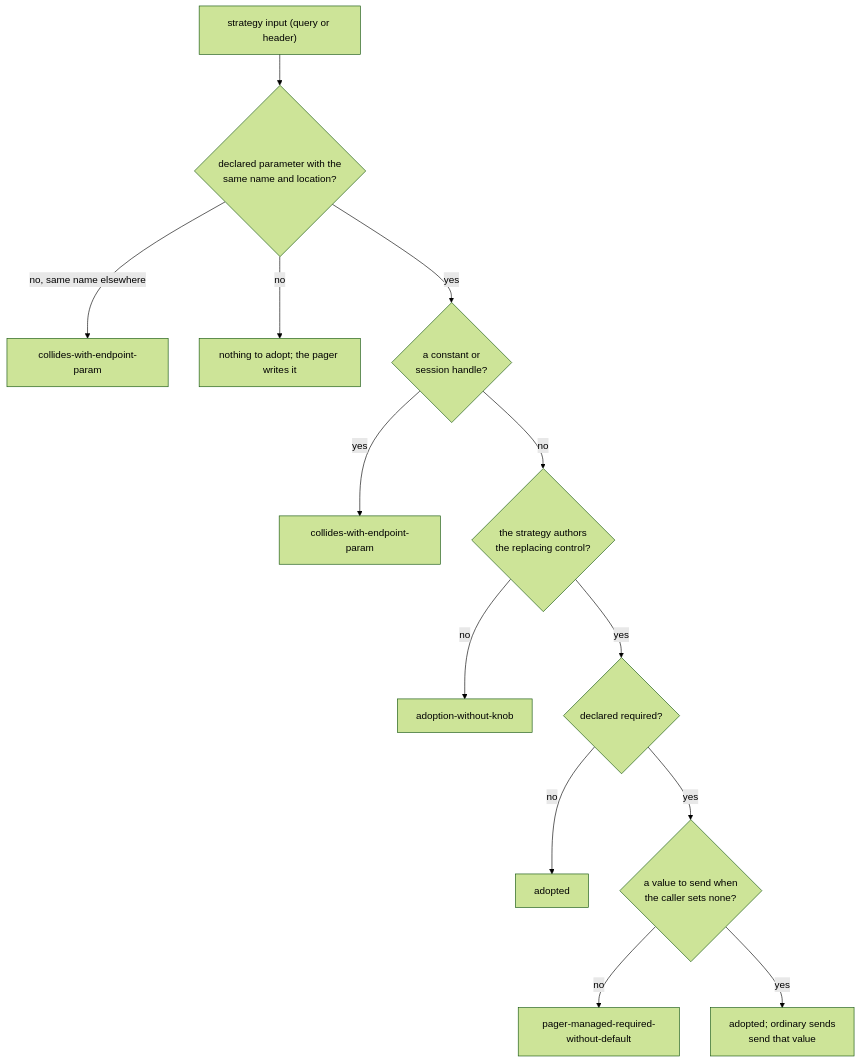
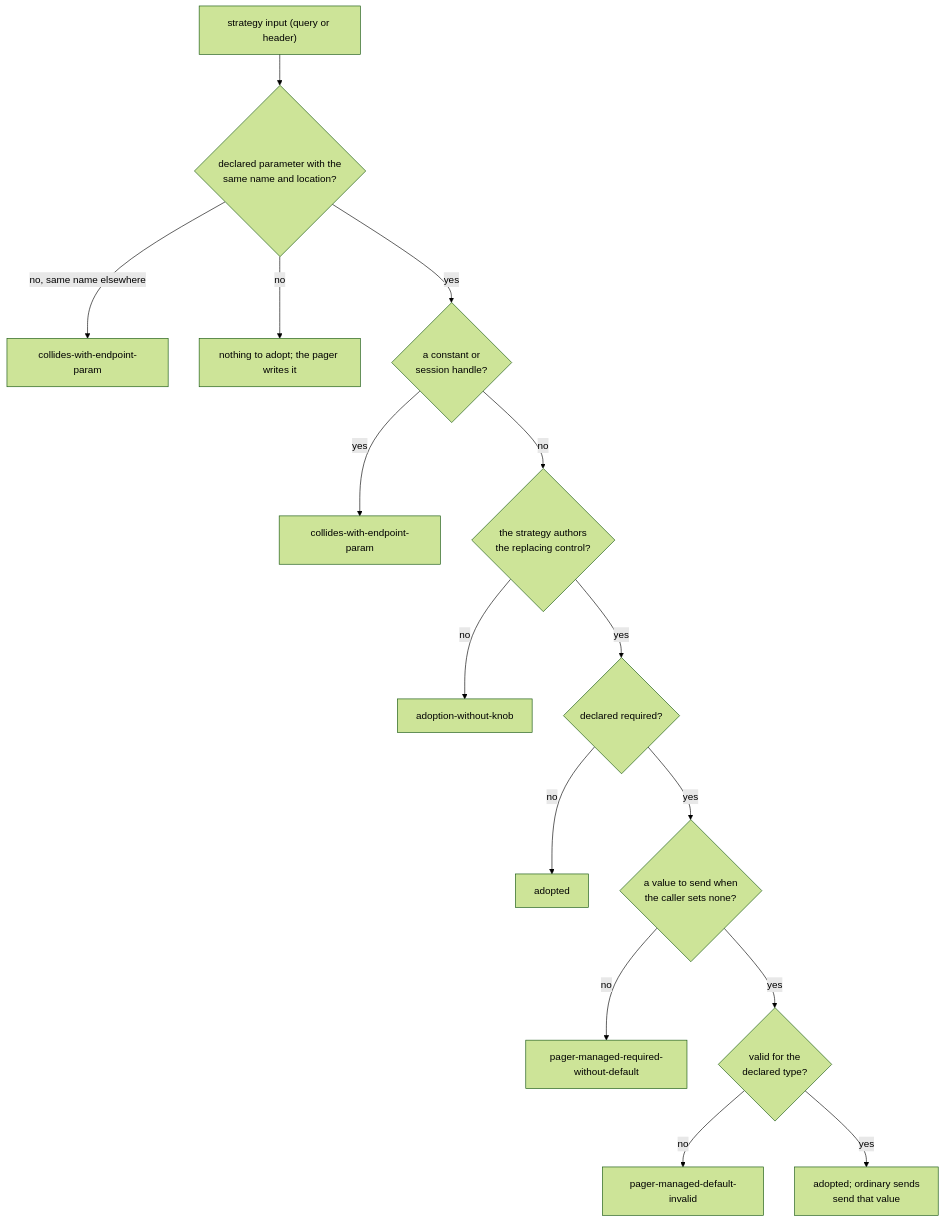
One commit to yankeeinlondon/rusty-biscuit changed the fourth of 4 diagrams in schematic/docs/pagination.md. Above: the diagram before and after it, drawn with Mermaid (forest theme). The commit also changed other lines of this file and 79 other files, not shown here.

First line of the commit message:
feat(schematic): add typed definition vocabulary and metadata

````diff
--- a/schematic/docs/pagination.md
+++ b/schematic/docs/pagination.md
@@ -605,15 +605,17 @@
 ```mermaid
 flowchart TD
     input["strategy input (query or header)"] --> same{"declared parameter with the<br/>same name and location?"}
     same -->|"no, same name elsewhere"| near["collides-with-endpoint-param"]
     same -->|no| write["nothing to adopt; the pager writes it"]
     same -->|yes| fixed{"a constant or<br/>session handle?"}
     fixed -->|yes| collide["collides-with-endpoint-param"]
     fixed -->|no| knob{"the strategy authors<br/>the replacing control?"}
     knob -->|no| noknob["adoption-without-knob"]
     knob -->|yes| required{"declared required?"}
     required -->|no| adopted["adopted"]
     required -->|yes| value{"a value to send when<br/>the caller sets none?"}
     value -->|no| missing["pager-managed-required-without-default"]
-    value -->|yes| adoptedreq["adopted; ordinary sends<br/>send that value"]
+    value -->|yes| typed{"valid for the<br/>declared type?"}
+    typed -->|no| invalid["pager-managed-default-invalid"]
+    typed -->|yes| adoptedreq["adopted; ordinary sends<br/>send that value"]
 ```
````
